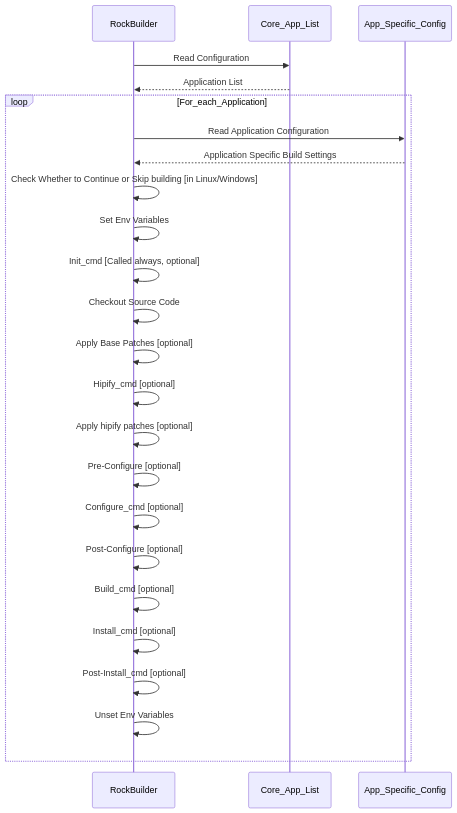
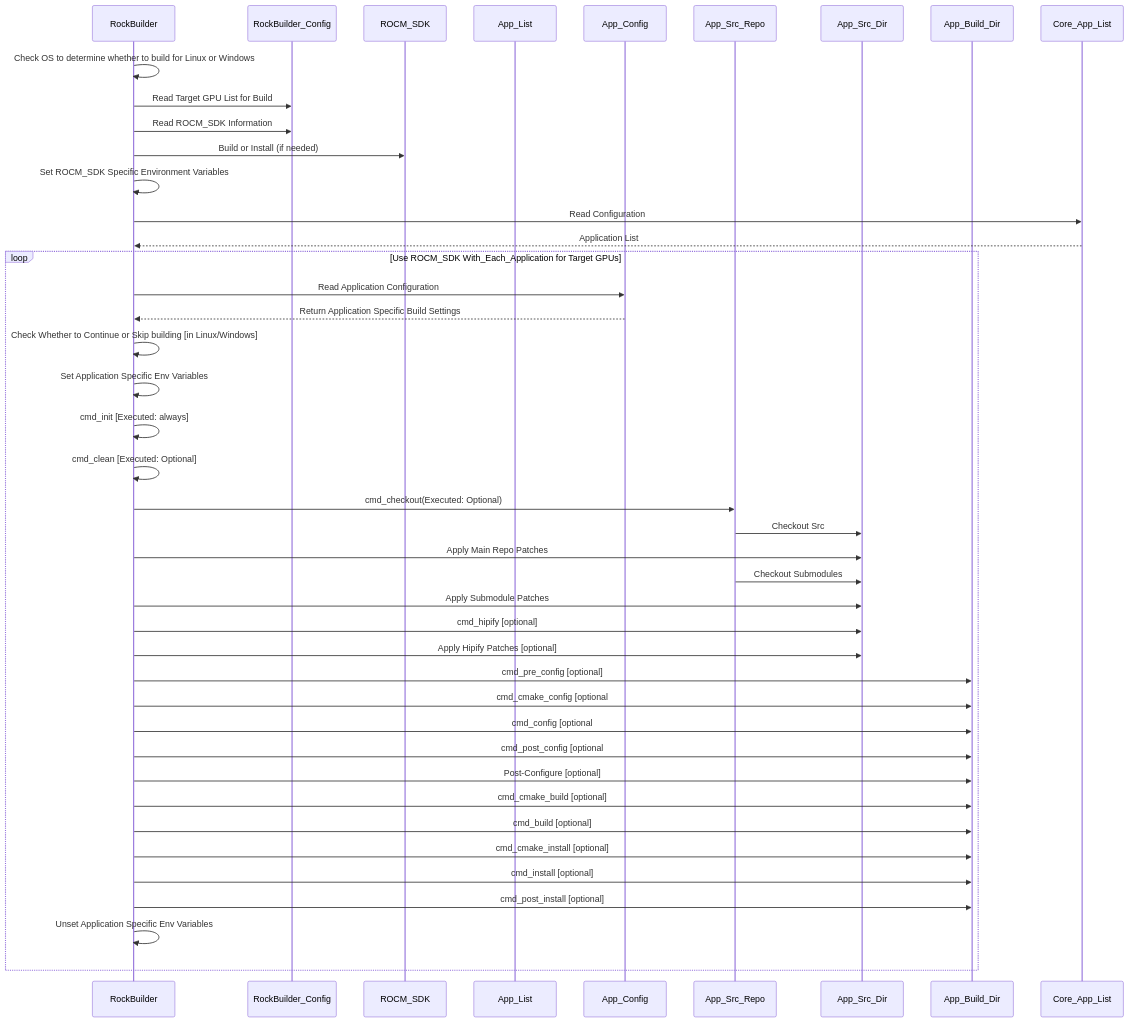
One commit to ROCm/rockbuilder changed the diagram in CONFIG.md. Above: the diagram before and after it, drawn with Mermaid. The commit also changed other lines of this file and 1 other file, not shown here.

First line of the commit message:
Update documentation in CONFIG.md

````diff
--- a/CONFIG.md
+++ b/CONFIG.md
@@ -11,26 +11,44 @@
 ```mermaid
 sequenceDiagram
     participant RockBuilder
-    participant Core_App_List
+    participant RockBuilder_Config
+    participant ROCM_SDK
+    participant App_List
+    participant App_Config
+    participant App_Src_Repo
+    participant App_Src_Dir
+    participant App_Build_Dir
+    RockBuilder->>RockBuilder: Check OS to determine whether to build for Linux or Windows
+    RockBuilder->>RockBuilder_Config: Read Target GPU List for Build
+    RockBuilder->>RockBuilder_Config: Read ROCM_SDK Information
+    RockBuilder->>ROCM_SDK: Build or Install (if needed)
+    RockBuilder->>RockBuilder: Set ROCM_SDK Specific Environment Variables
     RockBuilder->>Core_App_List: Read Configuration
     Core_App_List-->>RockBuilder: Application List
-
-    loop For_each_Application
-        RockBuilder->>App_Specific_Config: Read Application Configuration
-        App_Specific_Config-->>RockBuilder: Application Specific Build Settings
+    loop Use ROCM_SDK With_Each_Application for Target GPUs
+        RockBuilder->>App_Config: Read Application Configuration
+        App_Config-->>RockBuilder: Return Application Specific Build Settings
         RockBuilder->>RockBuilder: Check Whether to Continue or Skip building [in Linux/Windows]
-        RockBuilder->>RockBuilder: Set Env Variables
-        RockBuilder->>RockBuilder: Init_cmd [Called always, optional]
-        RockBuilder->>RockBuilder: Checkout Source Code
-        RockBuilder->>RockBuilder: Apply Base Patches [optional]
-        RockBuilder->>RockBuilder: Hipify_cmd [optional]
-        RockBuilder->>RockBuilder: Apply hipify patches [optional]
-        RockBuilder->>RockBuilder: Pre-Configure [optional]
-        RockBuilder->>RockBuilder: Configure_cmd [optional]
-        RockBuilder->>RockBuilder: Post-Configure [optional]
-        RockBuilder->>RockBuilder: Build_cmd [optional]
-        RockBuilder->>RockBuilder: Install_cmd [optional]
-        RockBuilder->>RockBuilder: Post-Install_cmd [optional]
-        RockBuilder->>RockBuilder: Unset Env Variables
+        RockBuilder->>RockBuilder: Set Application Specific Env Variables
+        RockBuilder->>RockBuilder: cmd_init [Executed: always]
+        RockBuilder->>RockBuilder: cmd_clean [Executed: Optional]
+        RockBuilder->>App_Src_Repo: cmd_checkout(Executed: Optional)
+        App_Src_Repo->>App_Src_Dir: Checkout Src
+        RockBuilder->>App_Src_Dir: Apply Main Repo Patches
+        App_Src_Repo->>App_Src_Dir: Checkout Submodules
+        RockBuilder->>App_Src_Dir: Apply Submodule Patches
+        RockBuilder->>App_Src_Dir: cmd_hipify [optional]
+        RockBuilder->>App_Src_Dir: Apply Hipify Patches [optional]
+        RockBuilder->>App_Build_Dir: cmd_pre_config [optional]
+        RockBuilder->>App_Build_Dir: cmd_cmake_config [optional
+        RockBuilder->>App_Build_Dir: cmd_config [optional
+        RockBuilder->>App_Build_Dir: cmd_post_config [optional
+        RockBuilder->>App_Build_Dir: Post-Configure [optional]
+        RockBuilder->>App_Build_Dir: cmd_cmake_build [optional]
+        RockBuilder->>App_Build_Dir: cmd_build [optional]
+        RockBuilder->>App_Build_Dir: cmd_cmake_install [optional]
+        RockBuilder->>App_Build_Dir: cmd_install [optional]
+        RockBuilder->>App_Build_Dir: cmd_post_install [optional]
+        RockBuilder->>RockBuilder: Unset Application Specific Env Variables
     end
 ```
````
